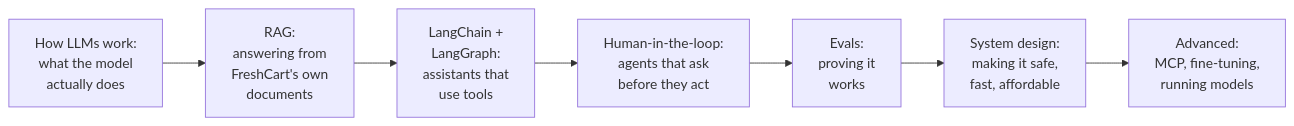
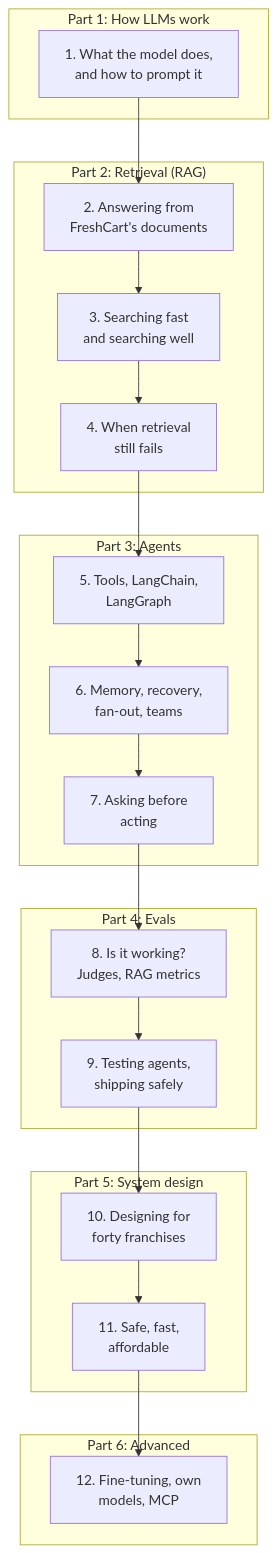
Before and after one commit to shubamchaudhary/CodeNITW: the first of 3 diagrams in src/Data/aiStackDocs/AIE-02.md, drawn with Mermaid. The commit also changed other lines of this file and 53 other files, not shown here.

````diff
--- a/src/Data/aiStackDocs/AIE-02.md
+++ b/src/Data/aiStackDocs/AIE-02.md
@@ -15,9 +15,28 @@
 ```mermaid
-flowchart LR
-    A["How LLMs work:<br/>what the model<br/>actually does"] --> B["RAG:<br/>answering from<br/>FreshCart's own<br/>documents"]
-    B --> C["LangChain +<br/>LangGraph:<br/>assistants that<br/>use tools"]
-    C --> D["Human-in-the-loop:<br/>agents that ask<br/>before they act"]
-    D --> E["Evals:<br/>proving it<br/>works"]
-    E --> F["System design:<br/>making it safe,<br/>fast, affordable"]
-    F --> G["Advanced:<br/>MCP, fine-tuning,<br/>running models"]
+flowchart TB
+    subgraph P1["Part 1: How LLMs work"]
+        C1["1. What the model does,<br/>and how to prompt it"]
+    end
+    subgraph P2["Part 2: Retrieval (RAG)"]
+        C2["2. Answering from<br/>FreshCart's documents"] --> C3["3. Searching fast<br/>and searching well"]
+        C3 --> C4["4. When retrieval<br/>still fails"]
+    end
+    subgraph P3["Part 3: Agents"]
+        C5["5. Tools, LangChain,<br/>LangGraph"] --> C6["6. Memory, recovery,<br/>fan-out, teams"]
+        C6 --> C7["7. Asking before<br/>acting"]
+    end
+    subgraph P4["Part 4: Evals"]
+        C8["8. Is it working?<br/>Judges, RAG metrics"] --> C9["9. Testing agents,<br/>shipping safely"]
+    end
+    subgraph P5["Part 5: System design"]
+        C10["10. Designing for<br/>forty franchises"] --> C11["11. Safe, fast,<br/>affordable"]
+    end
+    subgraph P6["Part 6: Advanced"]
+        C12["12. Fine-tuning, own<br/>models, MCP"]
+    end
+    C1 --> C2
+    C4 --> C5
+    C7 --> C8
+    C9 --> C10
+    C11 --> C12
 ```
````
